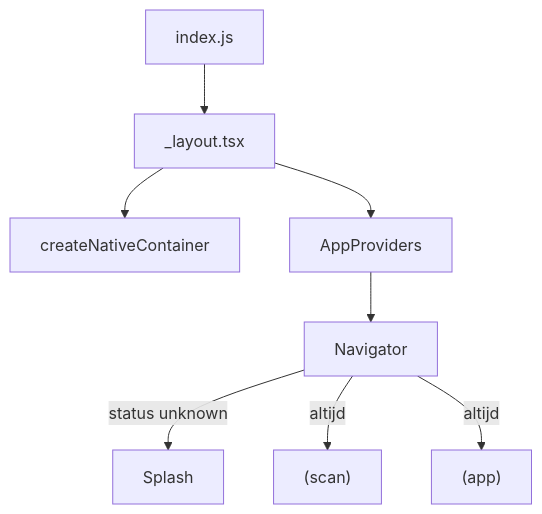
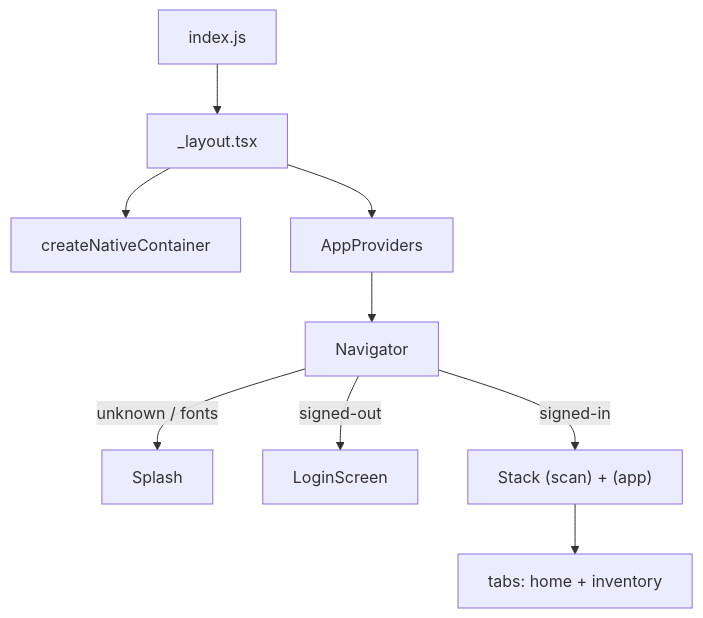
Before and after one commit to crfarber/occa-app: the diagram in docs/wiki/overzicht.md, drawn with Mermaid. The commit also changed other lines of this file and 211 other files, not shown here.

````diff
--- a/docs/wiki/overzicht.md
+++ b/docs/wiki/overzicht.md
@@ -18,10 +18,11 @@
 ```mermaid
 flowchart TD
   start[index.js] --> layout["_layout.tsx"]
   layout --> container[createNativeContainer]
   layout --> providers[AppProviders]
   providers --> nav[Navigator]
-  nav -->|status unknown| splash[Splash]
-  nav -->|altijd| scan["(scan)"]
-  nav -->|altijd| app["(app)"]
+  nav -->|unknown / fonts| splash[Splash]
+  nav -->|signed-out| login[LoginScreen]
+  nav -->|signed-in| stack["Stack (scan) + (app)"]
+  stack --> tabs["tabs: home + inventory"]
 ```
````
